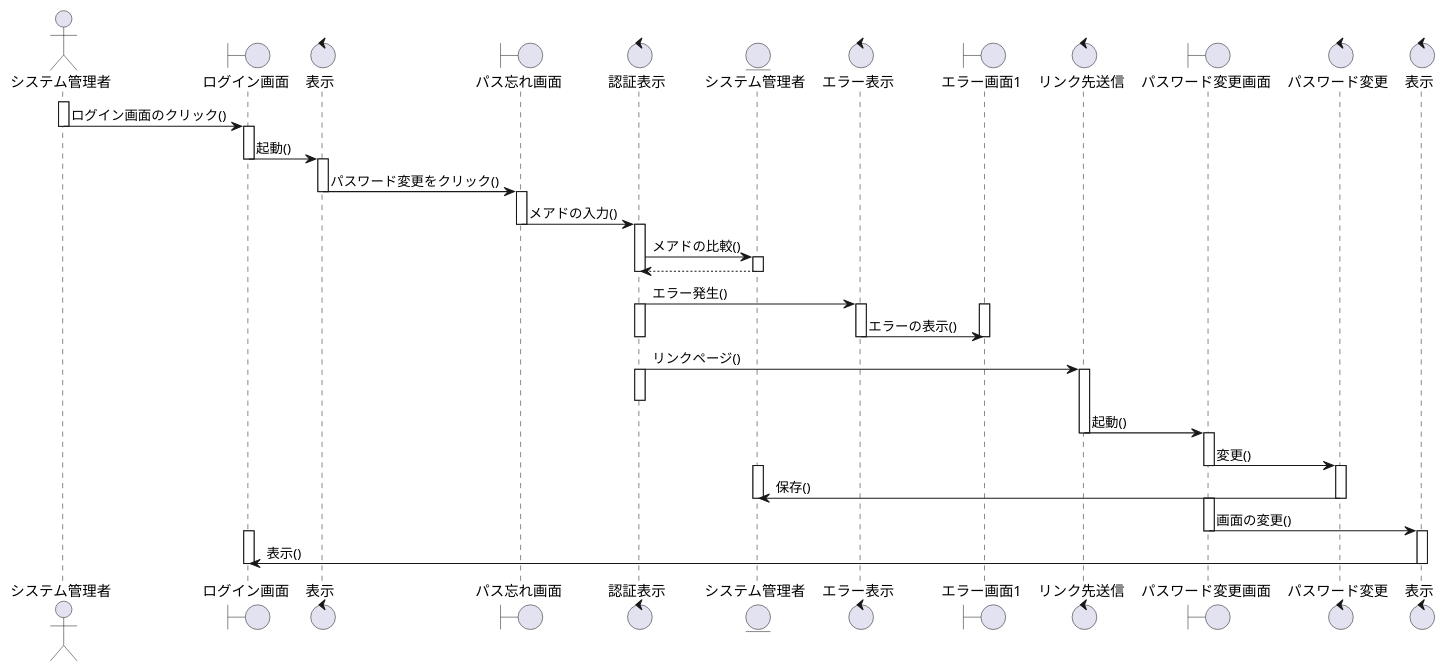
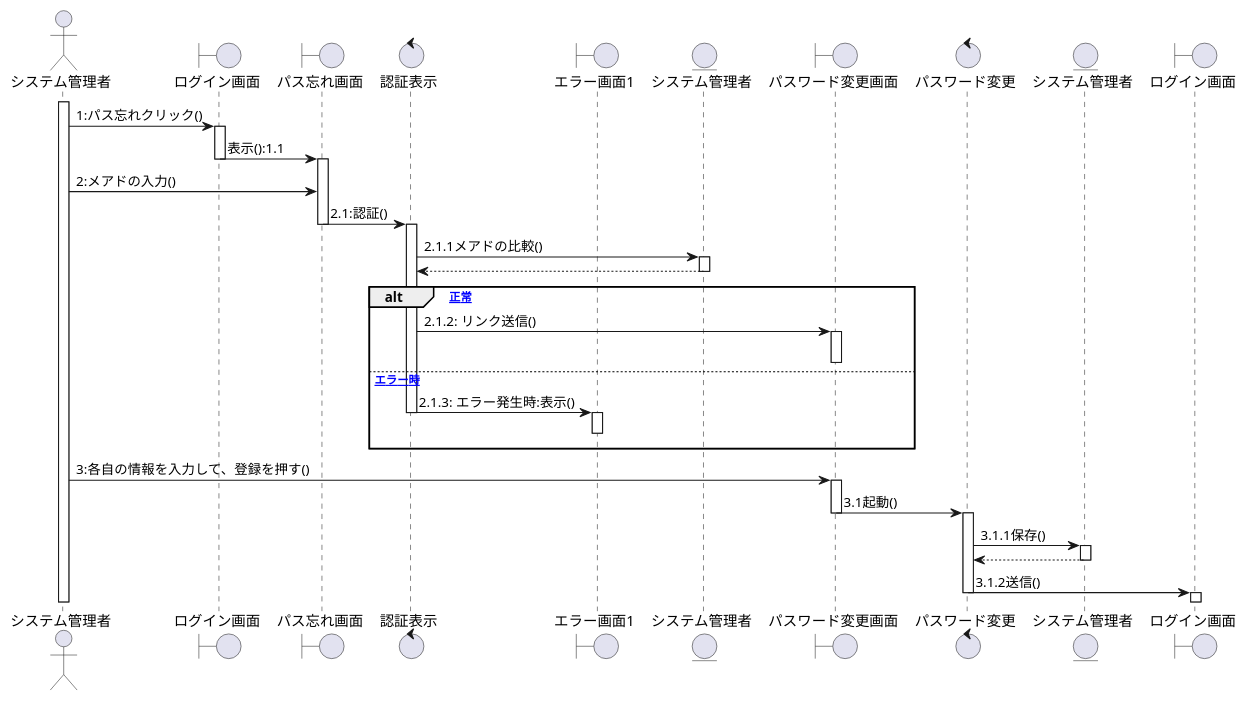
Before and after one commit to ksw2270227/GroupF: the second of 6 diagrams in System.plantuml, drawn with PlantUML. The commit also changed other lines of this file and 1 other file, not shown here.

```diff
--- a/System.plantuml
+++ b/System.plantuml
@@ -52,65 +50,60 @@
-@startuml ログインシーケンス図
+@startuml
 actor システム管理者
 boundary "ログイン画面" as mein
-control "表示" as display1
 boundary "パス忘れ画面" as pasforget
 control "認証表示" as certification
+boundary "エラー画面1" as error1
 entity "システム管理者" as system
-control "エラー表示" as error
-boundary "エラー画面1" as error1
-control "リンク先送信" as url
 boundary "パスワード変更画面" as paschange
-control "パスワード変更" as paschangeing
-control "表示" as display2
+control "パスワード変更" as pas
+
+entity "システム管理者" as system2
+boundary "ログイン画面" as mein1
+
 
 activate システム管理者
-システム管理者 -> mein:ログイン画面のクリック()
-deactivate システム管理者
+システム管理者 -> mein:1:パス忘れクリック()
 activate mein
-mein -> display1:起動()
+mein -> pasforget :表示():1.1
 deactivate mein
-activate display1
-display1 -> pasforget:パスワード変更をクリック()
-deactivate display1
 activate pasforget
-pasforget -> certification:メアドの入力()
+システム管理者 -> pasforget :2:メアドの入力()
+pasforget -> certification :2.1:認証()
 deactivate pasforget
 activate certification
-certification -> system:メアドの比較()
+certification -> system:2.1.1メアドの比較()
 activate system
 system --> certification
-deactivate certification
 deactivate system
-certification -> error:エラー発生()
-activate certification
-activate error
-activate error1
-error -> error1:エラーの表示()
-deactivate error
-deactivate certification
-deactivate error1
-certification -> url:リンクページ()
-activate certification
-deactivate certification
-activate url
-url -> paschange:起動()
-deactivate url
+
+
+alt [正常]
+    certification -> paschange :2.1.2: リンク送信()
 activate paschange
 deactivate paschange
-paschange -> paschangeing:変更()
+
+
+else [エラー時]
+    certification -> error1 :2.1.3: エラー発生時:表示()
+deactivate certification
+activate error1
+error1 -[hidden]-> error1
+deactivate error1
+end
+
+
+システム管理者 -> paschange:3:各自の情報を入力して、登録を押す()
+activate paschange
+paschange -> pas:3.1起動()
 deactivate paschange
-activate paschangeing
-deactivate paschangeing
-activate system
-paschangeing -> system:保存()
-deactivate system
-deactivate paschangeing
-activate paschange
-paschange -> display2:画面の変更()
-deactivate paschange
-activate display2
-activate mein
-display2 -> mein:表示()
-deactivate display2
-deactivate mein
+activate pas
+pas -> system2:3.1.1保存()
+activate system2
+system2 --> pas
+deactivate system2
+pas -> mein1:3.1.2送信()
+deactivate pas
+activate mein1
+deactivate mein1
+
 @enduml
```
